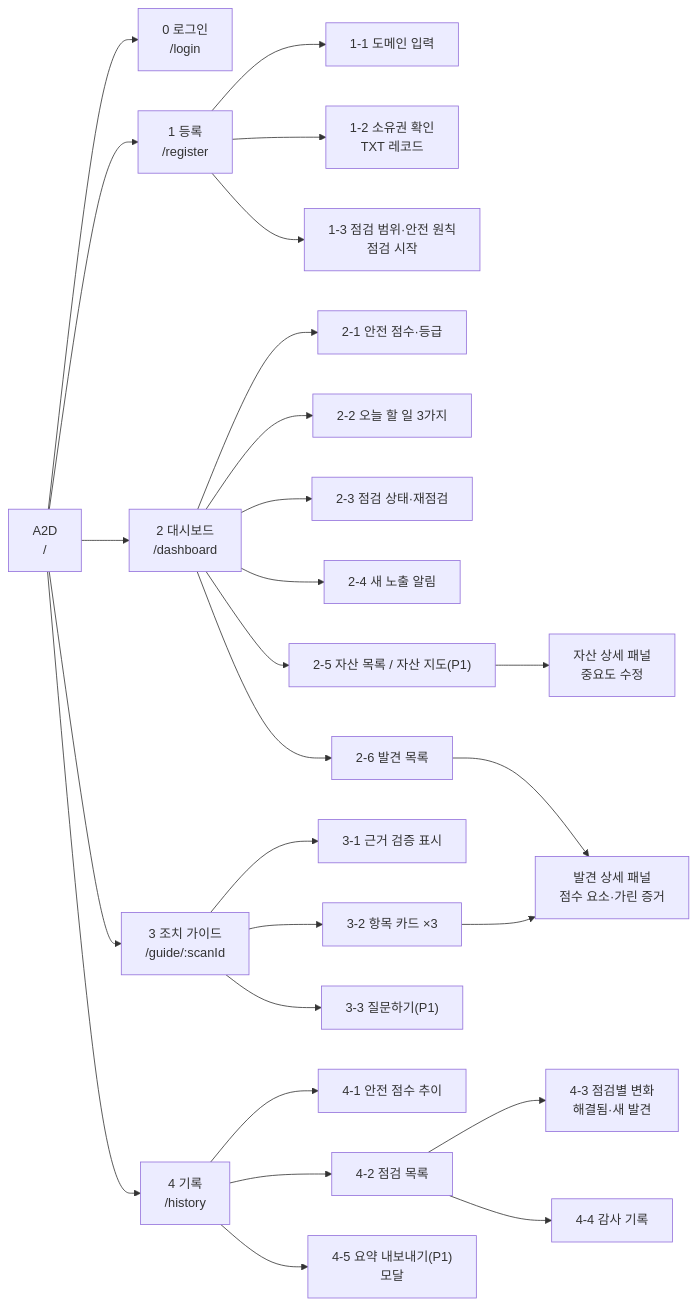
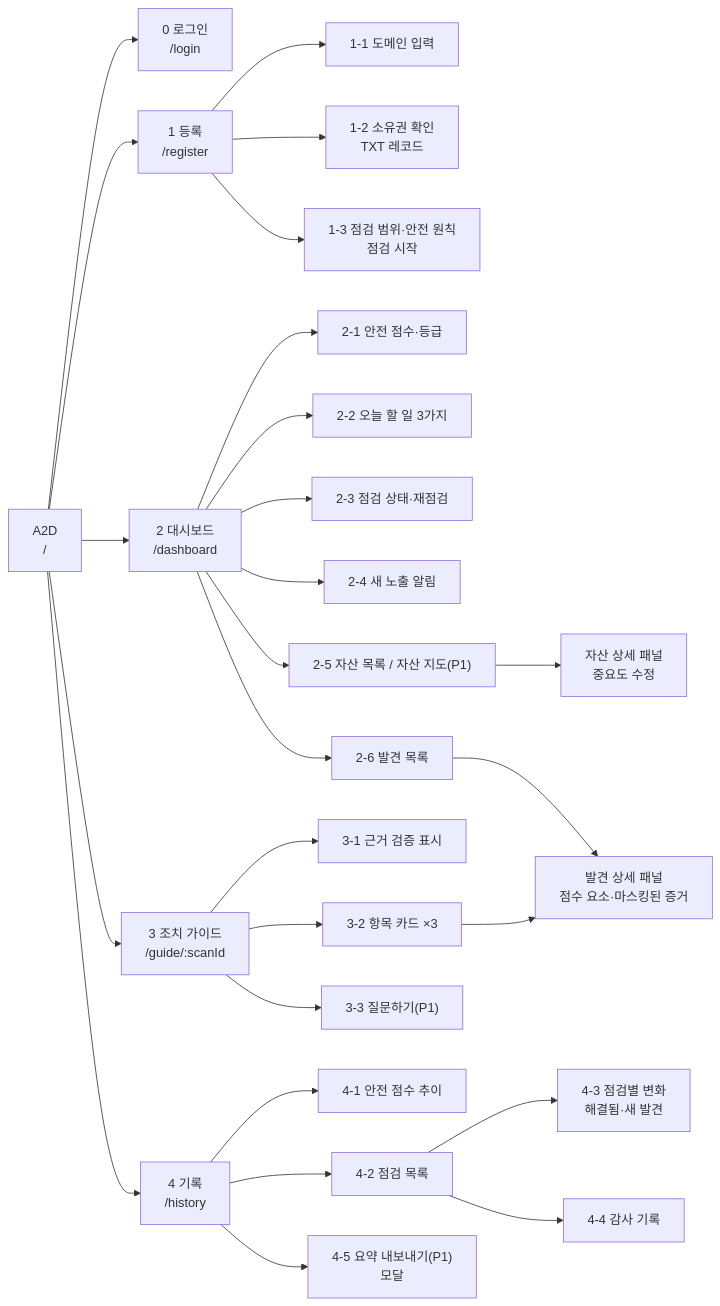
The first of 2 diagrams in docs/A2D_정보구조도.md (unexpected-hackathon/A2D), drawn with Mermaid before and after one commit. The commit also changed other lines of this file and 44 other files, not shown here.

````diff
--- a/docs/A2D_정보구조도.md
+++ b/docs/A2D_정보구조도.md
@@ -9,32 +9,32 @@
 ```mermaid
 flowchart LR
   ROOT["A2D<br/>/"] --> LOGIN["0 로그인<br/>/login"]
   ROOT --> REG["1 등록<br/>/register"]
   ROOT --> DASH["2 대시보드<br/>/dashboard"]
   ROOT --> REP["3 조치 가이드<br/>/guide/:scanId"]
   ROOT --> HIS["4 기록<br/>/history"]
 
   REG --> R1["1-1 도메인 입력"]
   REG --> R2["1-2 소유권 확인<br/>TXT 레코드"]
   REG --> R3["1-3 점검 범위·안전 원칙<br/>점검 시작"]
 
   DASH --> D1["2-1 안전 점수·등급"]
   DASH --> D2["2-2 오늘 할 일 3가지"]
   DASH --> D3["2-3 점검 상태·재점검"]
   DASH --> D4["2-4 새 노출 알림"]
   DASH --> D5["2-5 자산 목록 / 자산 지도(P1)"]
   DASH --> D6["2-6 발견 목록"]
   D5 --> D5P["자산 상세 패널<br/>중요도 수정"]
-  D6 --> FP["발견 상세 패널<br/>점수 요소·가린 증거"]
+  D6 --> FP["발견 상세 패널<br/>점수 요소·마스킹된 증거"]
 
   REP --> P1["3-1 근거 검증 표시"]
   REP --> P2["3-2 항목 카드 ×3"]
   REP --> P3["3-3 질문하기(P1)"]
   P2 --> FP
 
   HIS --> H1["4-1 안전 점수 추이"]
   HIS --> H2["4-2 점검 목록"]
   H2 --> H3["4-3 점검별 변화<br/>해결됨·새 발견"]
   H2 --> H4["4-4 감사 기록"]
   HIS --> H5["4-5 요약 내보내기(P1)<br/>모달"]
 ```
````
